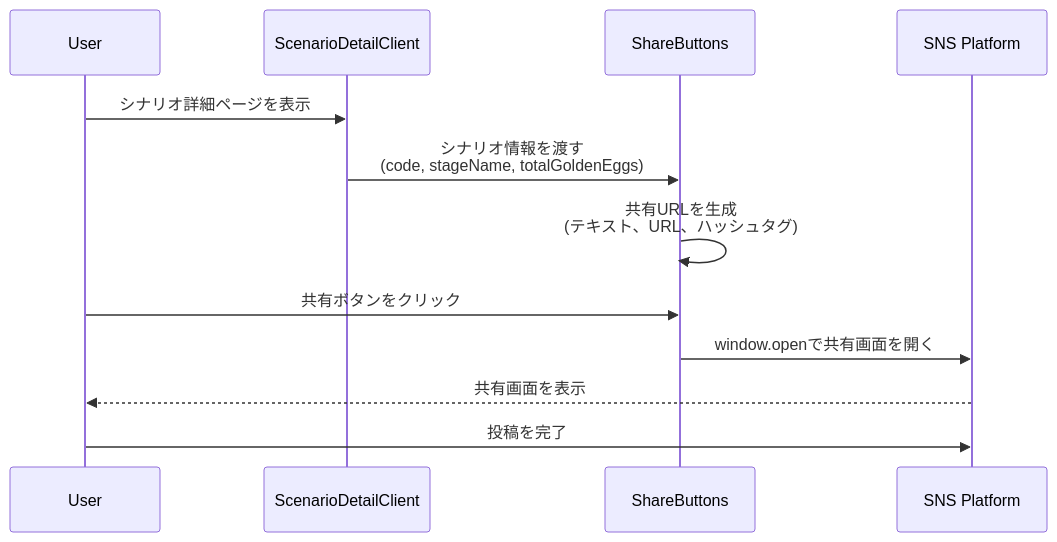
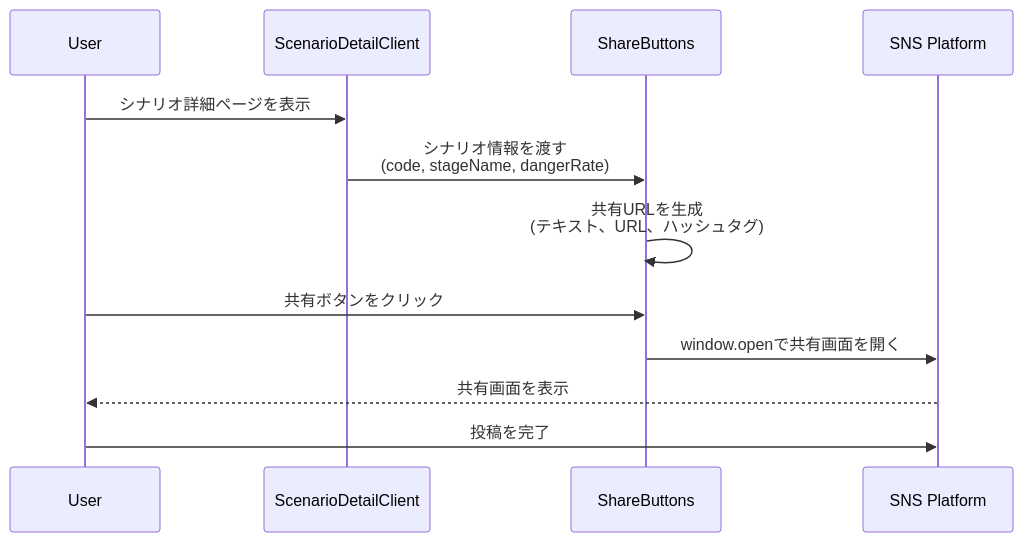
One commit to eddie-splatoon/salmon-run-scenario-hub changed the diagram in docs/pr-descriptions/PR_DESCRIPTION_ISSUE85.md. Above: the diagram before and after it, drawn with Mermaid. The commit also changed other lines of this file, not shown here.

````diff
--- a/docs/pr-descriptions/PR_DESCRIPTION_ISSUE85.md
+++ b/docs/pr-descriptions/PR_DESCRIPTION_ISSUE85.md
@@ -18,15 +18,15 @@
 ```mermaid
 sequenceDiagram
     participant User
     participant ScenarioDetailClient
     participant ShareButtons
     participant SNS as SNS Platform
     
     User->>ScenarioDetailClient: シナリオ詳細ページを表示
-    ScenarioDetailClient->>ShareButtons: シナリオ情報を渡す<br/>(code, stageName, totalGoldenEggs)
+    ScenarioDetailClient->>ShareButtons: シナリオ情報を渡す<br/>(code, stageName, dangerRate)
     ShareButtons->>ShareButtons: 共有URLを生成<br/>(テキスト、URL、ハッシュタグ)
     User->>ShareButtons: 共有ボタンをクリック
     ShareButtons->>SNS: window.openで共有画面を開く
     SNS-->>User: 共有画面を表示
     User->>SNS: 投稿を完了
 ```
````
